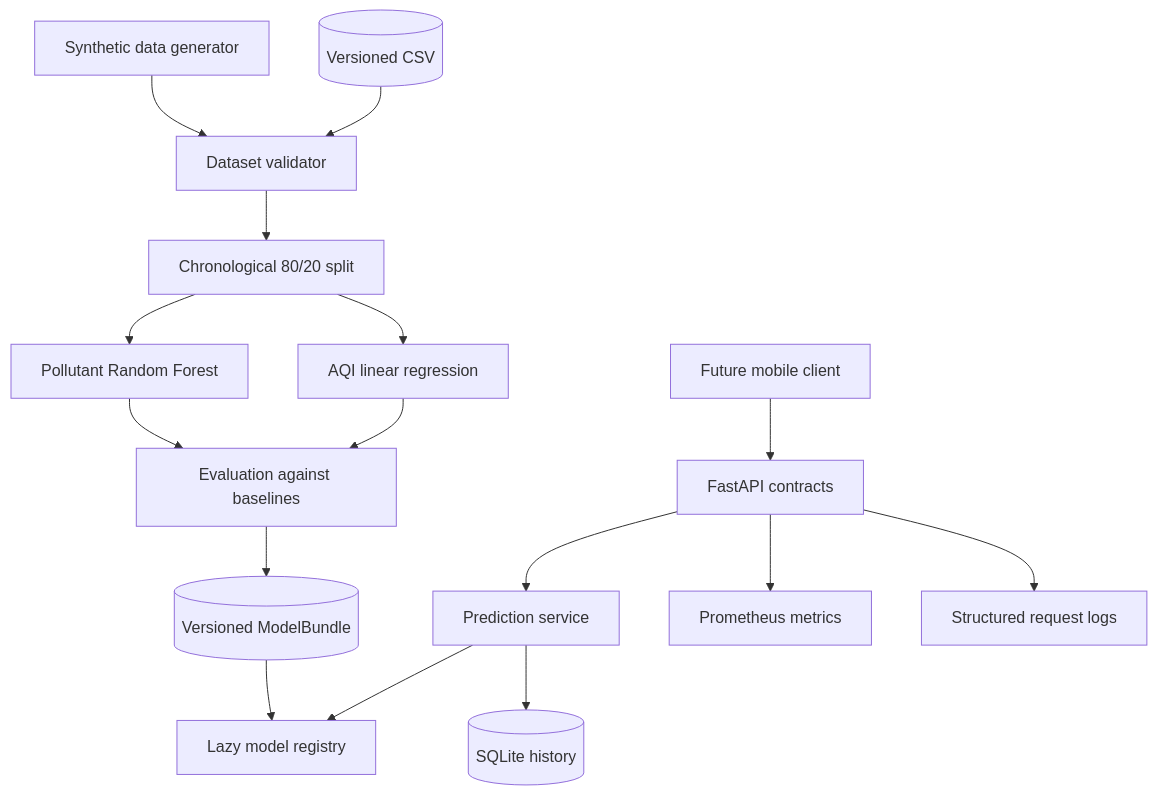
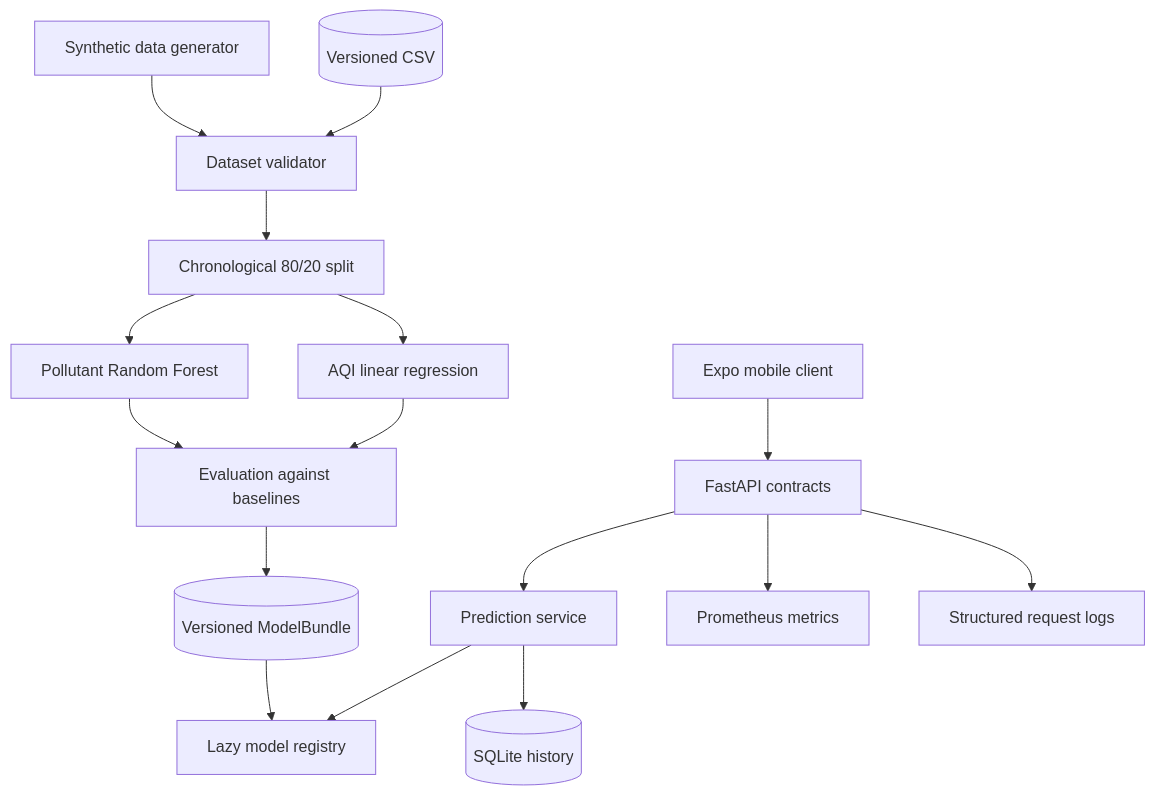
One commit to abiekaputra/awair changed the diagram in docs/architecture.md. Above: the diagram before and after it, drawn with Mermaid. The commit also changed other lines of this file and 53 other files, not shown here.

````diff
--- a/docs/architecture.md
+++ b/docs/architecture.md
@@ -5,18 +5,18 @@
 ```mermaid
 flowchart TD
     Generator[Synthetic data generator] --> Contract[Dataset validator]
     CSV[(Versioned CSV)] --> Contract
     Contract --> Split[Chronological 80/20 split]
     Split --> RF[Pollutant Random Forest]
     Split --> LR[AQI linear regression]
     RF --> Eval[Evaluation against baselines]
     LR --> Eval
     Eval --> Bundle[(Versioned ModelBundle)]
     Bundle --> Registry[Lazy model registry]
-    Mobile[Future mobile client] --> API[FastAPI contracts]
+    Mobile[Expo mobile client] --> API[FastAPI contracts]
     API --> Service[Prediction service]
     Service --> Registry
     Service --> History[(SQLite history)]
     API --> Metrics[Prometheus metrics]
     API --> Logs[Structured request logs]
 ```
````
